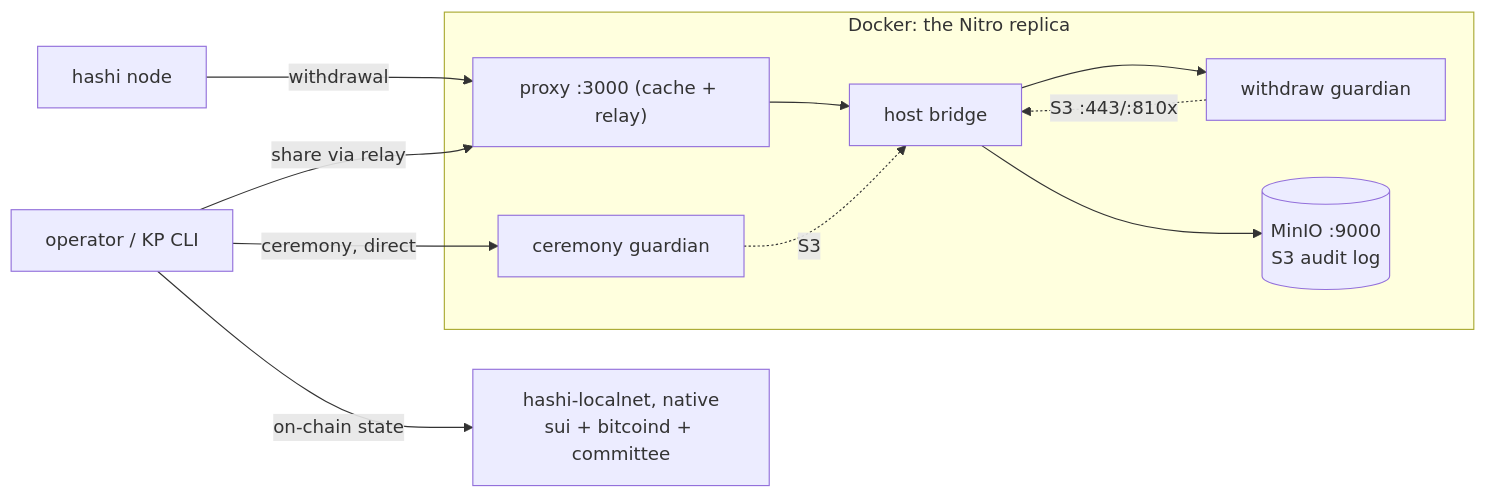
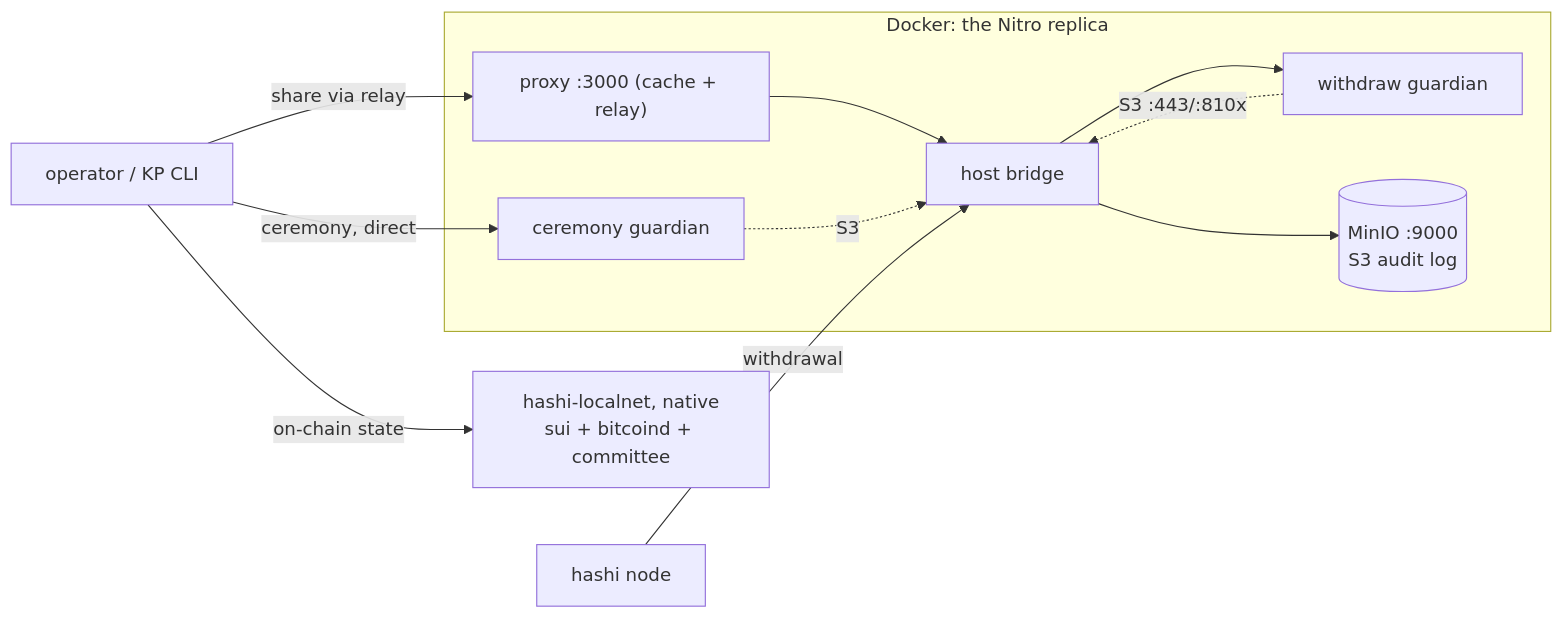
Before and after one commit to MystenLabs/hashi: the diagram in docker/hashi-guardian-local/README.md, drawn with Mermaid. The commit also changed 9 other files, not shown here.

First line of the commit message:
[guardian-proxy] Admit node RPCs by TLS client certificate

````diff
--- a/docker/hashi-guardian-local/README.md
+++ b/docker/hashi-guardian-local/README.md
@@ -10,24 +10,24 @@
 ```mermaid
 flowchart LR
     node[hashi node]
     cli["operator / KP CLI"]
 
     subgraph docker["Docker: the Nitro replica"]
         proxy["proxy :3000 (cache + relay)"]
         host[host bridge]
         enclave[withdraw guardian]
         ceremony[ceremony guardian]
         minio[("MinIO :9000<br/>S3 audit log")]
         proxy --> host --> enclave
         enclave -.->|"S3 :443/:810x"| host
         ceremony -.->|S3| host
         host --> minio
     end
 
     localnet["hashi-localnet, native<br/>sui + bitcoind + committee"]
 
-    node -->|withdrawal| proxy
+    node -->|withdrawal| host
     cli -->|share via relay| proxy
     cli -->|ceremony, direct| ceremony
     cli -->|on-chain state| localnet
 ```
````
